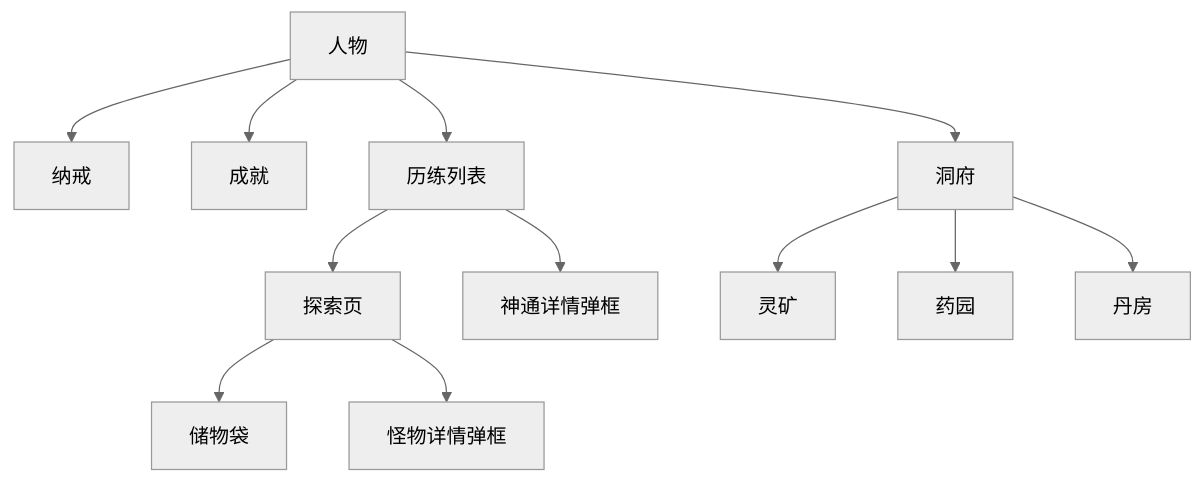
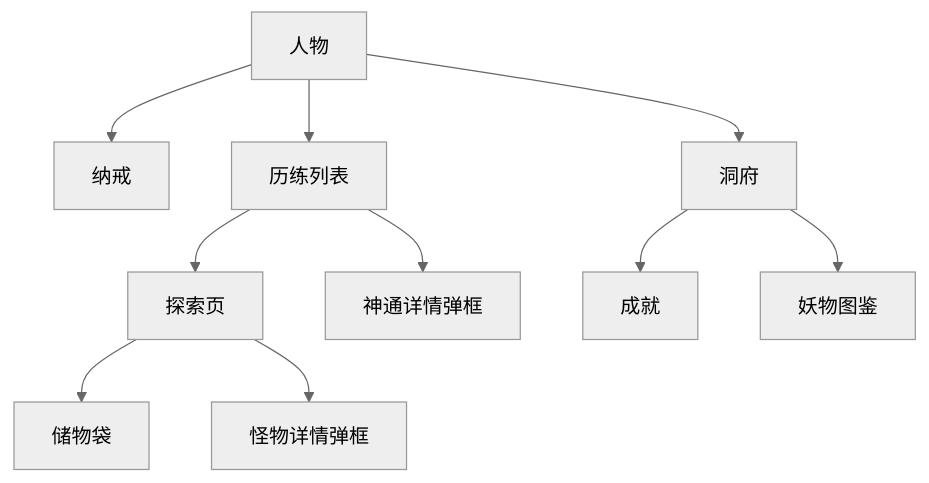
Before and after one commit to ch412-chl/xiuxian-game001: the first of 3 diagrams in product/界面交互/界面交互规范.md, drawn with Mermaid (neutral theme). The commit also changed other lines of this file and 3 other files, not shown here.

````diff
--- a/product/界面交互/界面交互规范.md
+++ b/product/界面交互/界面交互规范.md
@@ -96,14 +96,12 @@
 ```mermaid
 flowchart TD
   A["人物"] --> B["纳戒"]
-  A --> C["成就"]
   A --> D["历练列表"]
   A --> E["洞府"]
   D --> F["探索页"]
   F --> G["储物袋"]
   F --> H["怪物详情弹框"]
   D --> I["神通详情弹框"]
-  E --> J["灵矿"]
-  E --> K["药园"]
-  E --> L["丹房"]
+  E --> J["成就"]
+  E --> K["妖物图鉴"]
 ```
````
